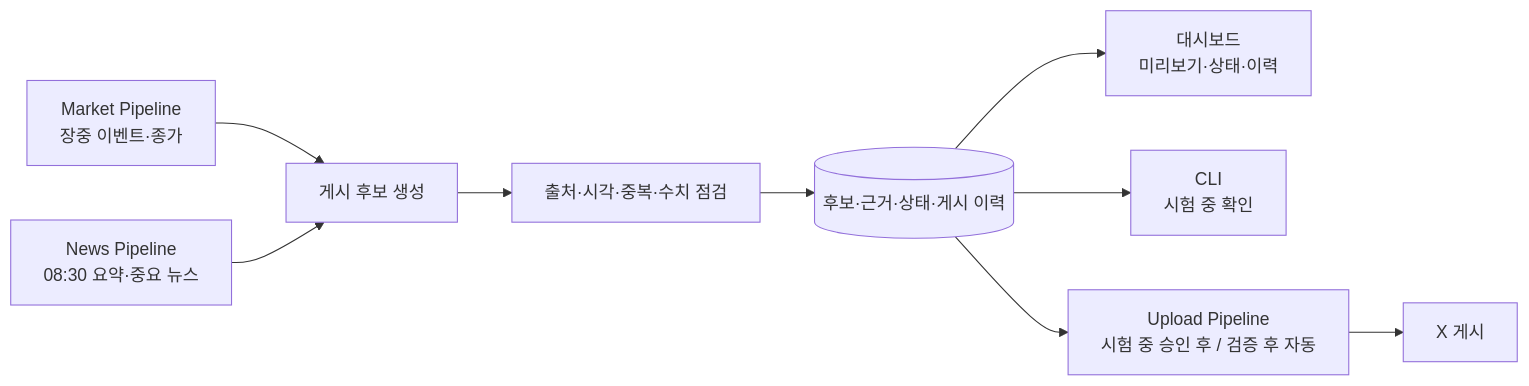
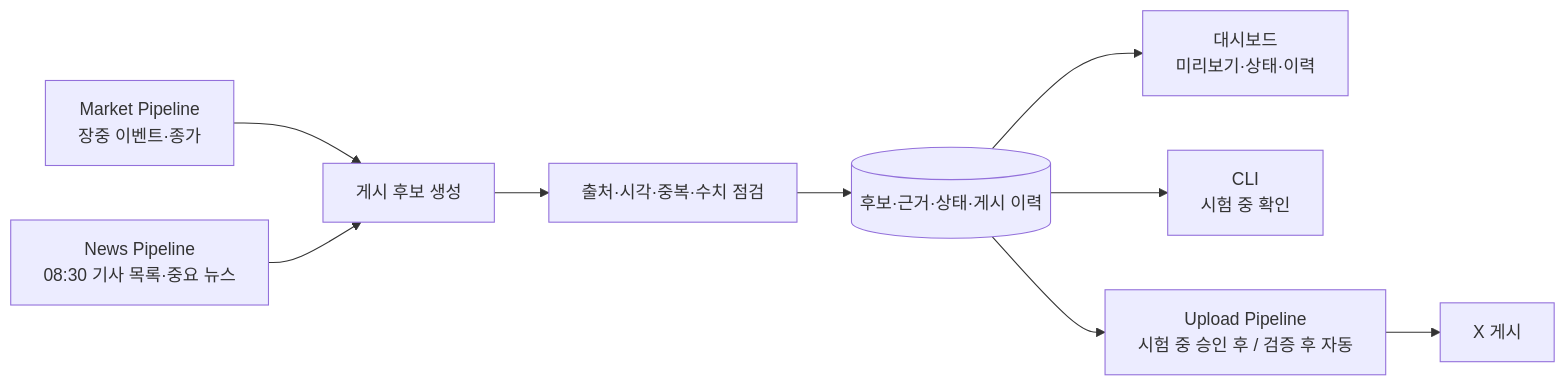
One commit to luvulmi/xfolio changed the diagram in tasks/brain_storm/session_2026-10-12_week2_requirements.md. Above: the diagram before and after it, drawn with Mermaid. The commit also changed other lines of this file and 5 other files, not shown here.

````diff
--- a/tasks/brain_storm/session_2026-10-12_week2_requirements.md
+++ b/tasks/brain_storm/session_2026-10-12_week2_requirements.md
@@ -27,11 +120,11 @@
 ```mermaid
 flowchart LR
     M[Market Pipeline<br/>장중 이벤트·종가] --> C[게시 후보 생성]
-    N[News Pipeline<br/>08:30 요약·중요 뉴스] --> C
+    N[News Pipeline<br/>08:30 기사 목록·중요 뉴스] --> C
     C --> V[출처·시각·중복·수치 점검]
     V --> S[(후보·근거·상태·게시 이력)]
     S --> D[대시보드<br/>미리보기·상태·이력]
     S --> L[CLI<br/>시험 중 확인]
     S --> U[Upload Pipeline<br/>시험 중 승인 후 / 검증 후 자동]
     U --> X[X 게시]
 ```
````
